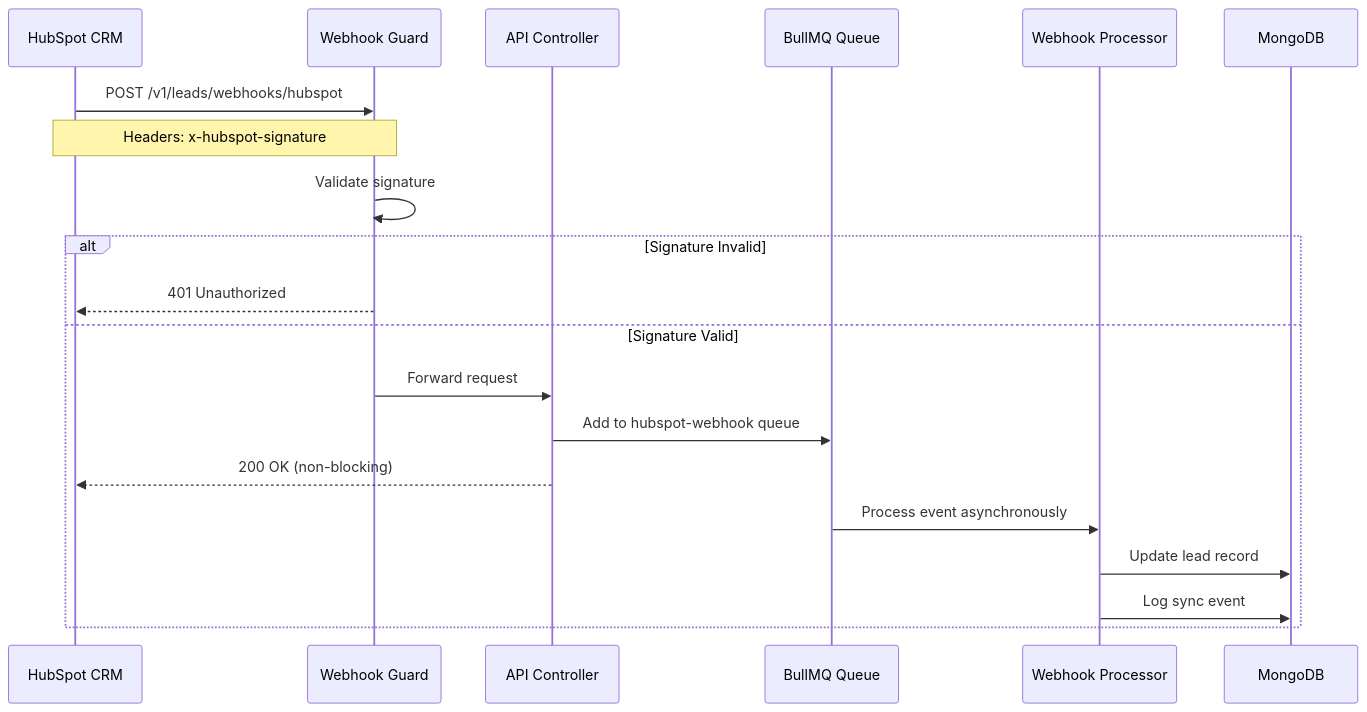
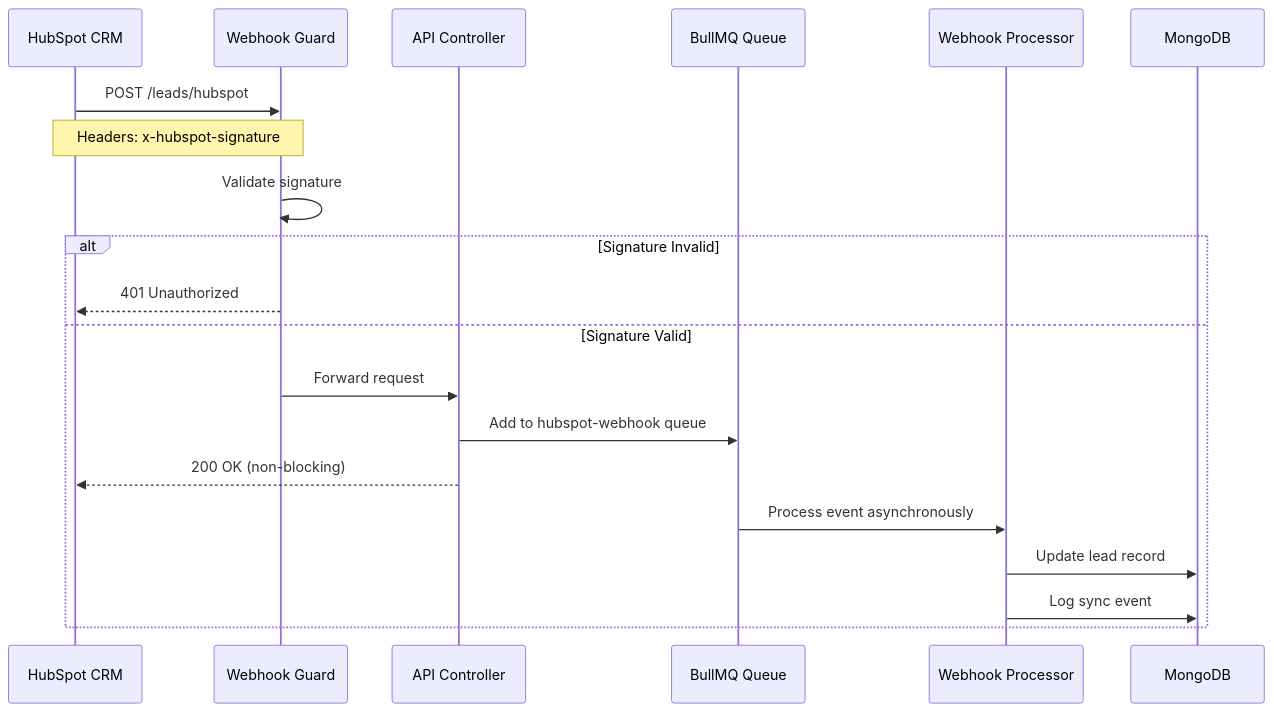
One commit to partner-connector/.github changed the first of 3 diagrams in WEBHOOK_FLOWS.md. Above: the diagram before and after it, drawn with Mermaid. The commit also changed other lines of this file and 3 other files, not shown here.

First line of the commit message:
docs: fix HubSpot webhook URL in documentation

````diff
--- a/WEBHOOK_FLOWS.md
+++ b/WEBHOOK_FLOWS.md
@@ -56,23 +56,23 @@
 ```mermaid
 sequenceDiagram
     participant HubSpot as HubSpot CRM
     participant Guard as Webhook Guard
     participant Controller as API Controller
     participant Queue as BullMQ Queue
     participant Processor as Webhook Processor
     participant DB as MongoDB
 
-    HubSpot->>Guard: POST /v1/leads/webhooks/hubspot
+    HubSpot->>Guard: POST /leads/hubspot
     Note over HubSpot,Guard: Headers: x-hubspot-signature
     Guard->>Guard: Validate signature
     alt Signature Invalid
         Guard-->>HubSpot: 401 Unauthorized
     else Signature Valid
         Guard->>Controller: Forward request
         Controller->>Queue: Add to hubspot-webhook queue
         Controller-->>HubSpot: 200 OK (non-blocking)
         Queue->>Processor: Process event asynchronously
         Processor->>DB: Update lead record
         Processor->>DB: Log sync event
     end
 ```
````
